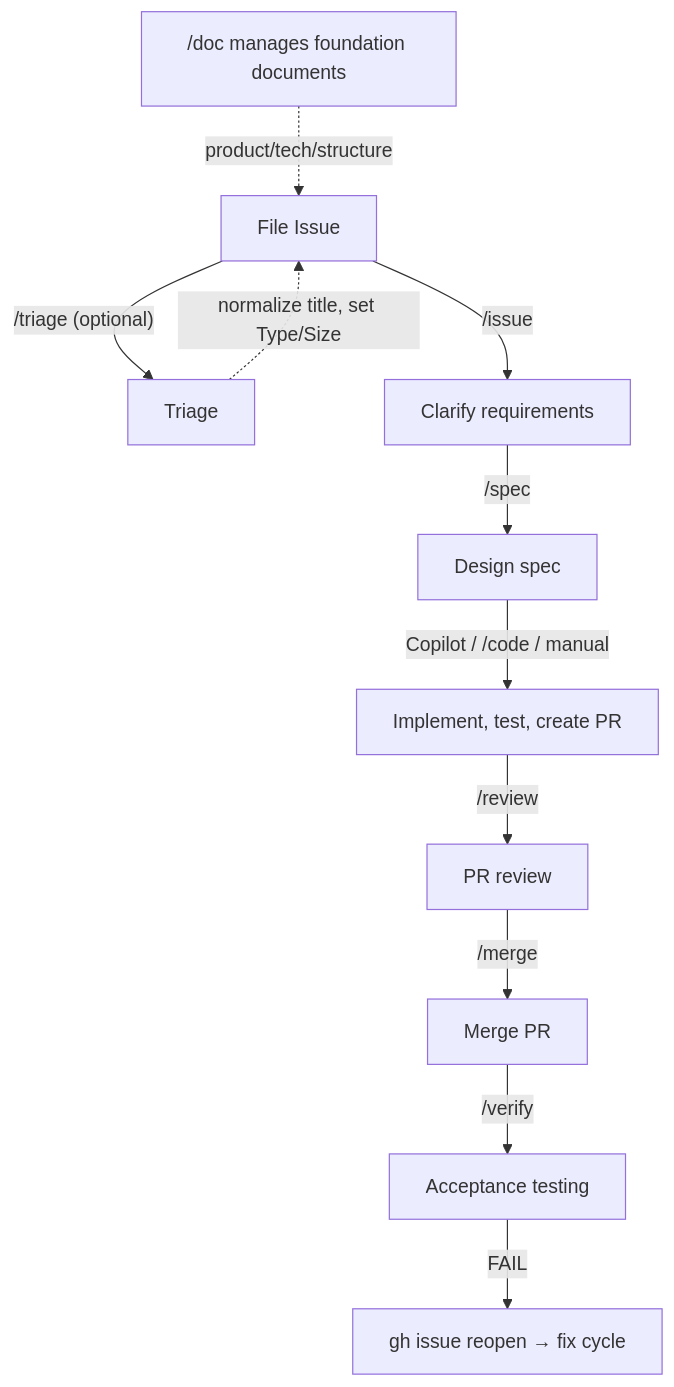
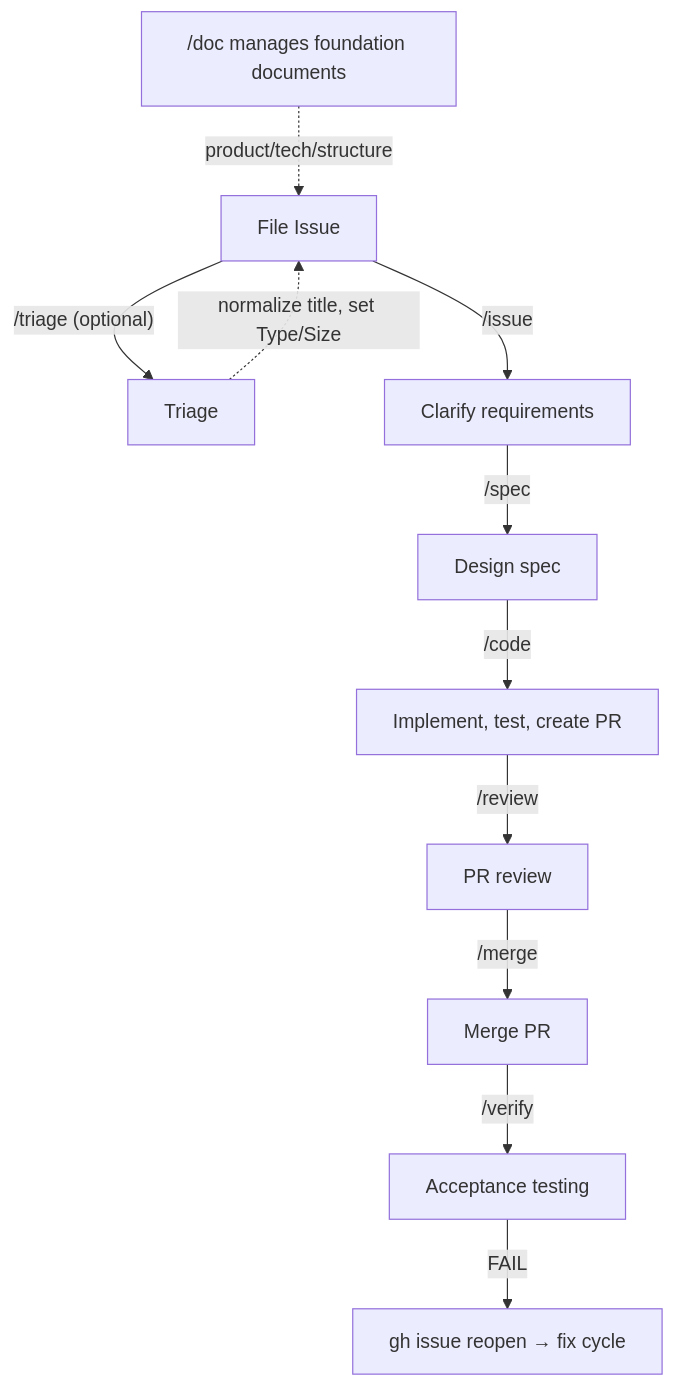
One commit to saitoco/wholework changed the diagram in docs/product.md. Above: the diagram before and after it, drawn with Mermaid. The commit also changed other lines of this file, not shown here.

First line of the commit message:
Simplify docs flowchart and broaden target users

````diff
--- a/docs/product.md
+++ b/docs/product.md
@@ -17,13 +17,13 @@
 ```mermaid
 flowchart TD
     G0["/doc manages foundation documents"] -.->|"product/tech/structure"| A
     A["File Issue"] -->|"/triage (optional)"| T["Triage"]
     T -.->|"normalize title, set Type/Size"| A
     A -->|"/issue"| B["Clarify requirements"]
     B -->|"/spec"| C["Design spec"]
-    C -->|"Copilot / /code / manual"| E["Implement, test, create PR"]
+    C -->|"/code"| E["Implement, test, create PR"]
     E -->|"/review"| F["PR review"]
     F -->|"/merge"| G["Merge PR"]
     G -->|"/verify"| H["Acceptance testing"]
     H -->|"FAIL"| I["gh issue reopen → fix cycle"]
 ```
````
